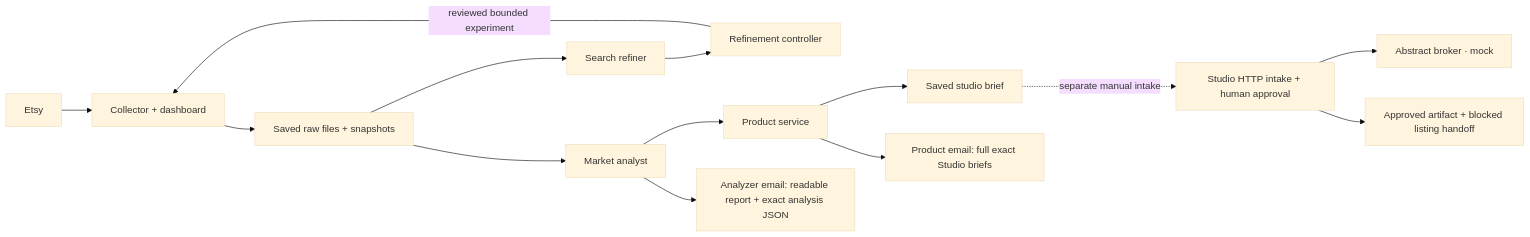
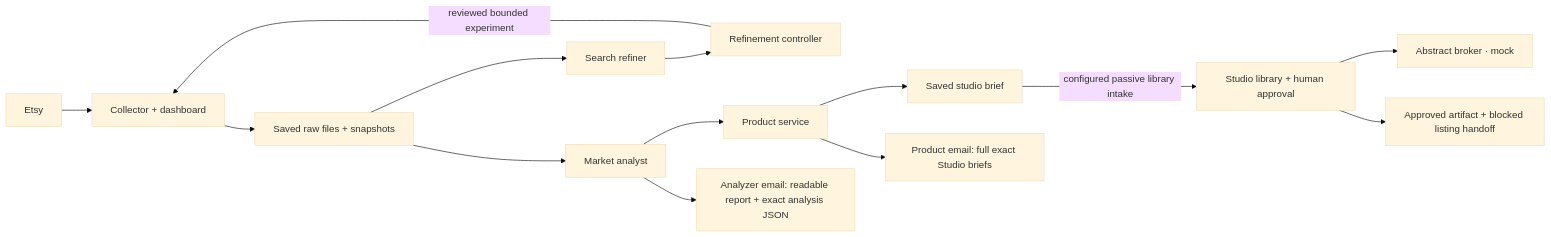
One commit to QWdlbnRTbWl0aA/market-pipeline changed the diagram in README.md. Above: the diagram before and after it, drawn with Mermaid (base theme). The commit also changed other lines of this file and 21 other files, not shown here.

Commit message:
Deliver saved Product briefs to a passive Studio library

````diff
--- a/README.md
+++ b/README.md
@@ -16,16 +16,16 @@
 ```mermaid
 flowchart LR
   E[Etsy] --> C[Collector + dashboard]
   C --> F[Saved raw files + snapshots]
   F --> R[Search refiner]
   F --> M[Market analyst]
   R --> Q[Refinement controller]
   Q -->|reviewed bounded experiment| C
   M --> P[Product service]
   M --> ME[Analyzer email: readable report + exact analysis JSON]
   P --> O[Saved studio brief]
   P --> PE[Product email: full exact Studio briefs]
-  O -.->|separate manual intake| S[Studio HTTP intake + human approval]
+  O -->|configured passive library intake| S[Studio library + human approval]
   S --> B[Abstract broker · mock]
   S --> A[Approved artifact + blocked listing handoff]
 ```
````
